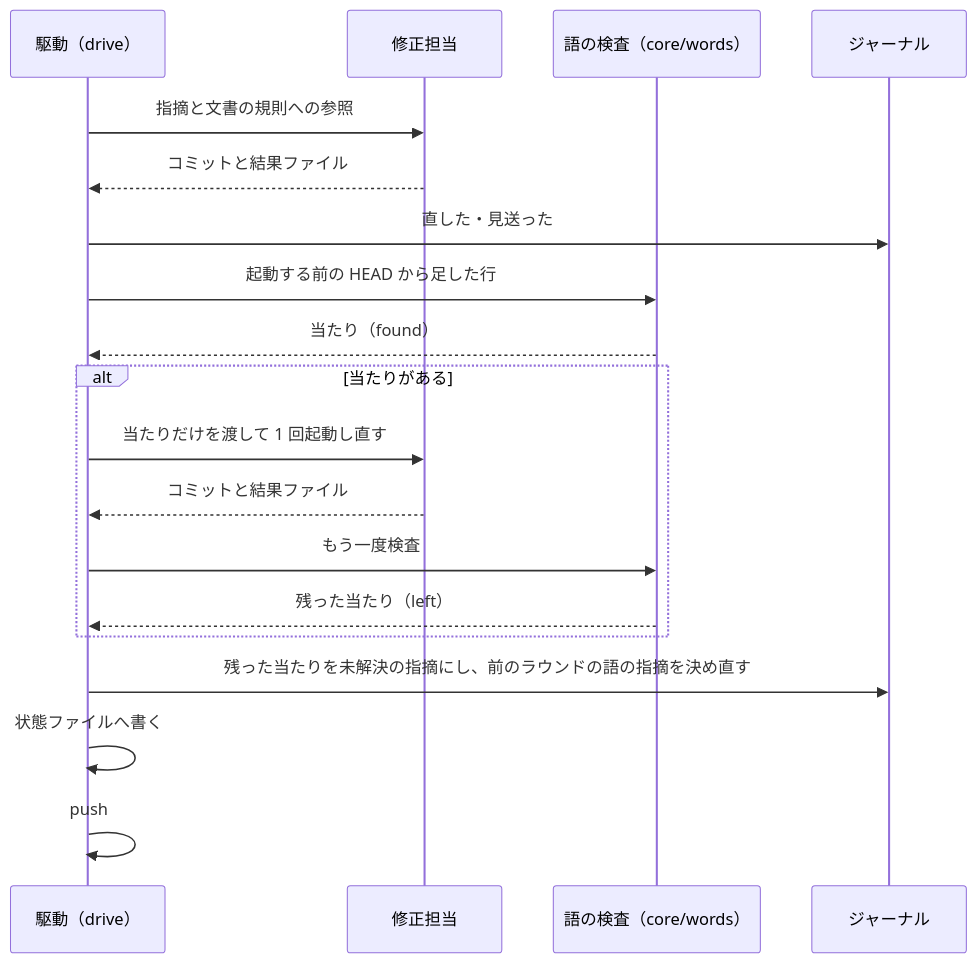
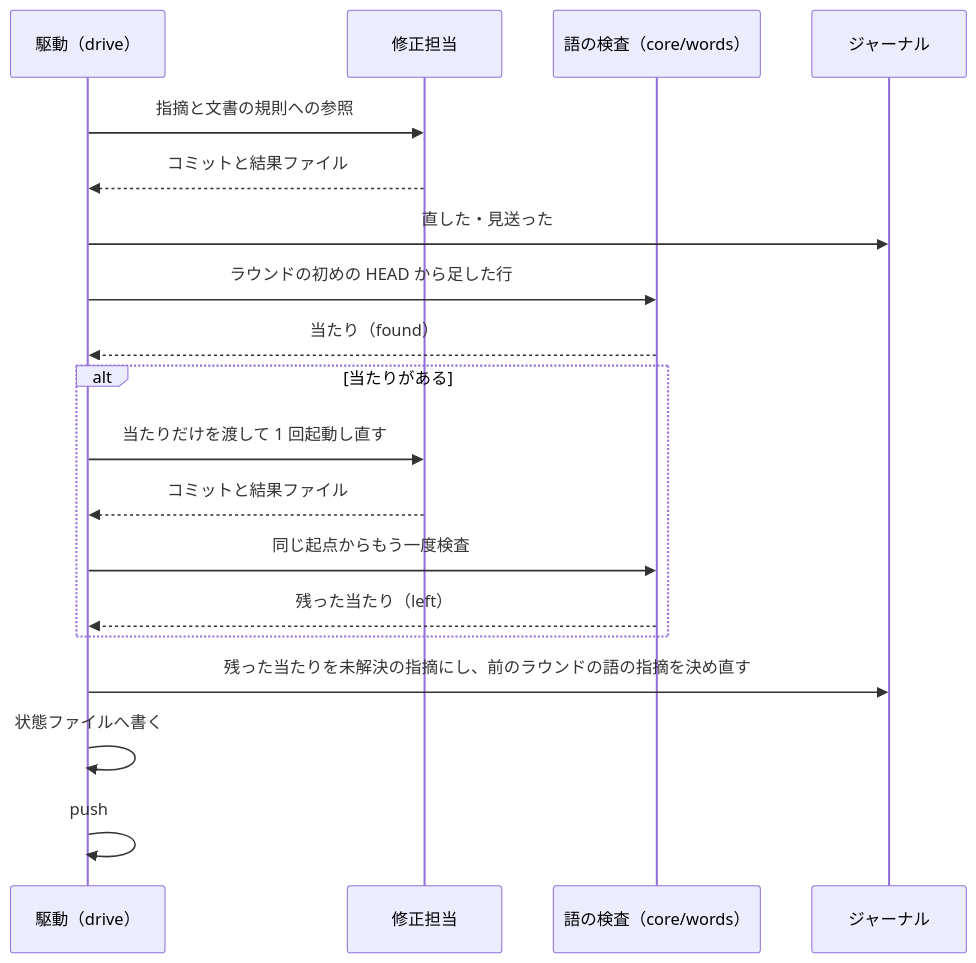
Before and after one commit to devbasex/ai-plugins: the third of 4 diagrams in issues/issue-4285-design.md, drawn with Mermaid. The commit also changed other lines of this file and 1 other file, not shown here.

````diff
--- a/issues/issue-4285-design.md
+++ b/issues/issue-4285-design.md
@@ -177,21 +180,21 @@
 ```mermaid
 sequenceDiagram
   participant D as 駆動（drive）
   participant F as 修正担当
   participant W as 語の検査（core/words）
   participant J as ジャーナル
   D->>F: 指摘と文書の規則への参照
   F-->>D: コミットと結果ファイル
   D->>J: 直した・見送った
-  D->>W: 起動する前の HEAD から足した行
+  D->>W: ラウンドの初めの HEAD から足した行
   W-->>D: 当たり（found）
   alt 当たりがある
     D->>F: 当たりだけを渡して 1 回起動し直す
     F-->>D: コミットと結果ファイル
-    D->>W: もう一度検査
+    D->>W: 同じ起点からもう一度検査
     W-->>D: 残った当たり（left）
   end
   D->>J: 残った当たりを未解決の指摘にし、前のラウンドの語の指摘を決め直す
   D->>D: 状態ファイルへ書く
   D->>D: push
 ```
````
